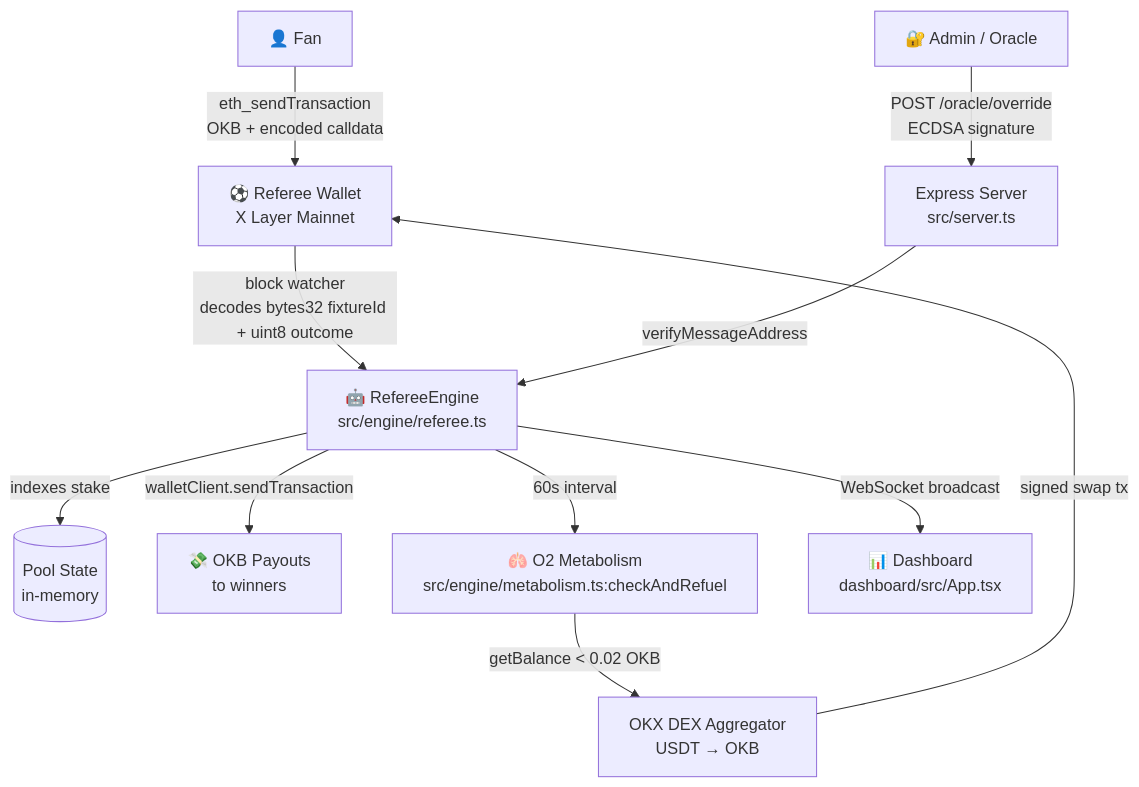
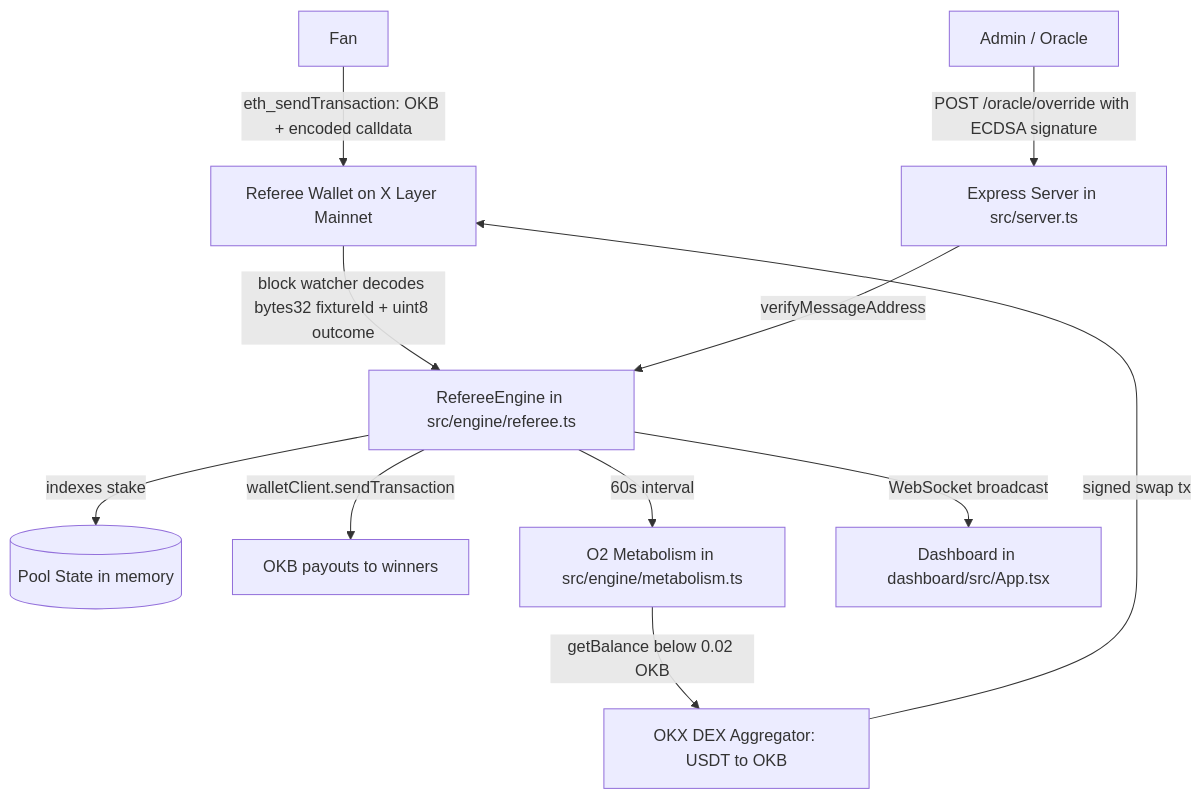
Before and after one commit to Cyano88/xcup-fanvibe: the diagram in README.md, drawn with Mermaid. The commit also changed other lines of this file and 2 other files, not shown here.

Commit message:
Update FanVibe metadata

````diff
--- a/README.md
+++ b/README.md
@@ -14,13 +14,13 @@
 ```mermaid
 graph TD
-  USER[👤 Fan] -->|eth_sendTransaction\nOKB + encoded calldata| REFEREE_WALLET[⚽ Referee Wallet\nX Layer Mainnet]
-  REFEREE_WALLET -->|block watcher\ndecodes bytes32 fixtureId + uint8 outcome| ENGINE[🤖 RefereeEngine\nsrc/engine/referee.ts]
-  ENGINE -->|indexes stake| POOL[(Pool State\nin-memory)]
-  ADMIN[🔐 Admin / Oracle] -->|POST /oracle/override\nECDSA signature| SERVER[Express Server\nsrc/server.ts]
+  USER[Fan] -->|eth_sendTransaction: OKB + encoded calldata| REFEREE_WALLET[Referee Wallet on X Layer Mainnet]
+  REFEREE_WALLET -->|block watcher decodes bytes32 fixtureId + uint8 outcome| ENGINE[RefereeEngine in src/engine/referee.ts]
+  ENGINE -->|indexes stake| POOL[(Pool State in memory)]
+  ADMIN[Admin / Oracle] -->|POST /oracle/override with ECDSA signature| SERVER[Express Server in src/server.ts]
   SERVER -->|verifyMessageAddress| ENGINE
-  ENGINE -->|walletClient.sendTransaction| PAYOUTS[💸 OKB Payouts\nto winners]
-  ENGINE -->|60s interval| METABOLISM[🫁 O2 Metabolism\nsrc/engine/metabolism.ts:checkAndRefuel]
-  METABOLISM -->|getBalance < 0.02 OKB| DEX[OKX DEX Aggregator\nUSDT → OKB]
+  ENGINE -->|walletClient.sendTransaction| PAYOUTS[OKB payouts to winners]
+  ENGINE -->|60s interval| METABOLISM[O2 Metabolism in src/engine/metabolism.ts]
+  METABOLISM -->|getBalance below 0.02 OKB| DEX[OKX DEX Aggregator: USDT to OKB]
   DEX -->|signed swap tx| REFEREE_WALLET
-  ENGINE -->|WebSocket broadcast| DASHBOARD[📊 Dashboard\ndashboard/src/App.tsx]
+  ENGINE -->|WebSocket broadcast| DASHBOARD[Dashboard in dashboard/src/App.tsx]
 ```
````
